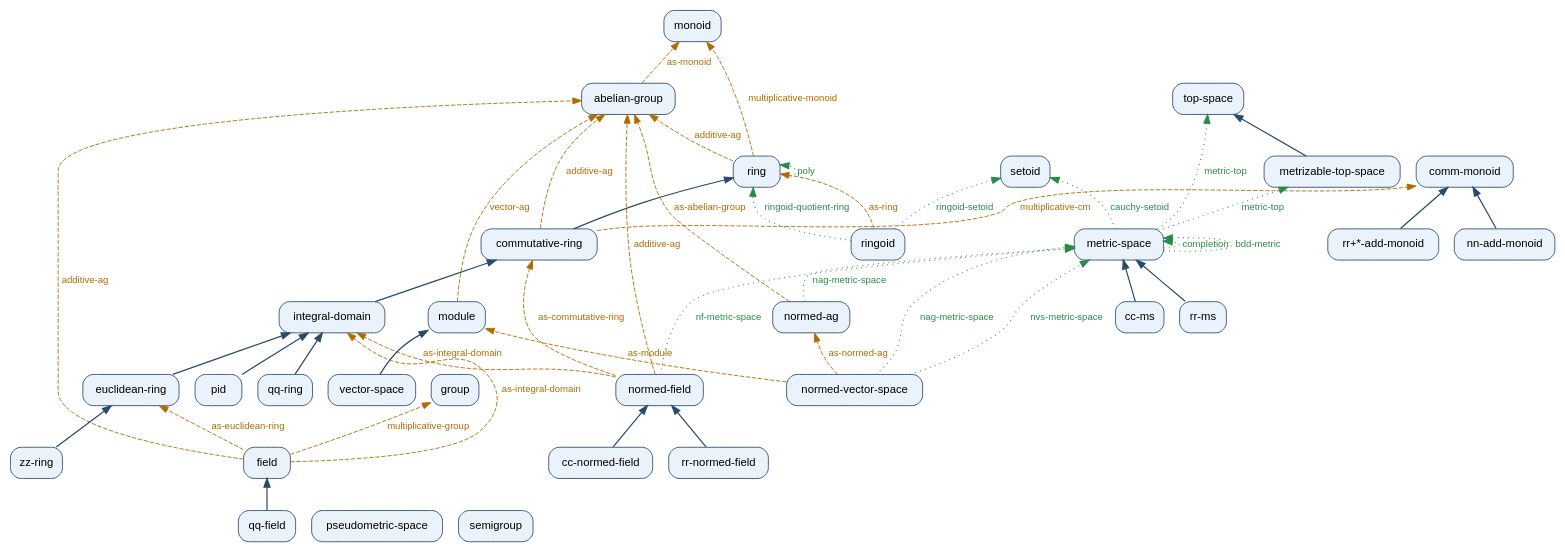
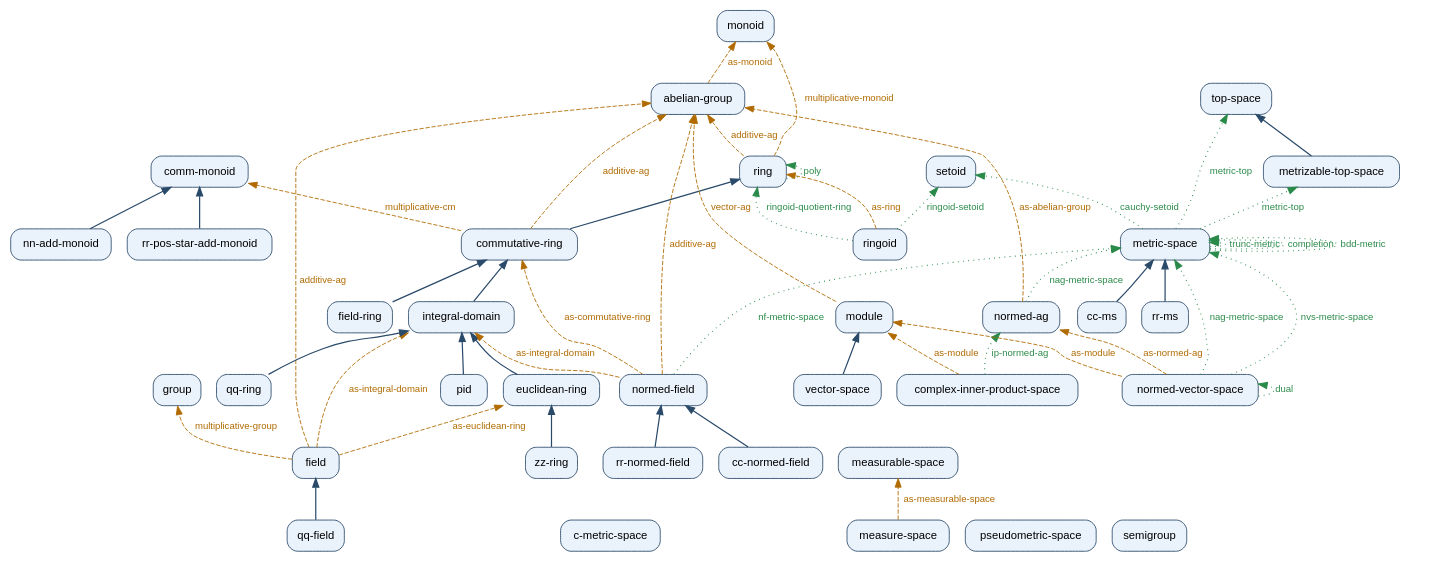
The diagram in reference/structure-graph.dot (JavierThayer/VNB), drawn with Graphviz before and after one commit. The commit also changed 285 other files, not shown here.

```diff
--- a/reference/structure-graph.dot
+++ b/reference/structure-graph.dot
@@ -5,14 +5,19 @@
   edge [fontname="Helvetica", fontsize=11];
 
   "abelian-group" [tooltip="abelian-group -- slots (carr opr iden inv)", URL="structure-graph.html#abelian-group"];
+  "c-metric-space" [tooltip="c-metric-space -- slots (pts dists)", URL="structure-graph.html#c-metric-space"];
   "cc-ms" [tooltip="cc-ms -- slots (pts dist)", URL="structure-graph.html#cc-ms"];
   "cc-normed-field" [tooltip="cc-normed-field -- slots (carr add mul neg zero one fnrm)", URL="structure-graph.html#cc-normed-field"];
   "comm-monoid" [tooltip="comm-monoid -- slots (carr opr iden)", URL="structure-graph.html#comm-monoid"];
   "commutative-ring" [tooltip="commutative-ring -- slots (carr add mul neg zero one)", URL="structure-graph.html#commutative-ring"];
+  "complex-inner-product-space" [tooltip="complex-inner-product-space -- slots (scal vec vadd vzero vneg act ip)", URL="structure-graph.html#complex-inner-product-space"];
   "euclidean-ring" [tooltip="euclidean-ring -- slots (carr add mul neg zero one)", URL="structure-graph.html#euclidean-ring"];
   "field" [tooltip="field -- slots (carr add mul neg zero one non-zero recip)", URL="structure-graph.html#field"];
+  "field-ring" [tooltip="field-ring -- slots (carr add mul neg zero one)", URL="structure-graph.html#field-ring"];
   "group" [tooltip="group -- slots (carr opr iden inv)", URL="structure-graph.html#group"];
   "integral-domain" [tooltip="integral-domain -- slots (carr add mul neg zero one)", URL="structure-graph.html#integral-domain"];
+  "measurable-space" [tooltip="measurable-space -- slots (pts sigma)", URL="structure-graph.html#measurable-space"];
+  "measure-space" [tooltip="measure-space -- slots (pts sigma meas)", URL="structure-graph.html#measure-space"];
   "metric-space" [tooltip="metric-space -- slots (pts dist)", URL="structure-graph.html#metric-space"];
   "metrizable-top-space" [tooltip="metrizable-top-space -- slots (pts opens)", URL="structure-graph.html#metrizable-top-space"];
   "module" [tooltip="module -- slots (scal vec vadd vzero vneg act)", URL="structure-graph.html#module"];
@@ -27,9 +32,9 @@
   "qq-ring" [tooltip="qq-ring -- slots (carr add mul neg zero one)", URL="structure-graph.html#qq-ring"];
   "ring" [tooltip="ring -- slots (carr add mul neg zero one)", URL="structure-graph.html#ring"];
   "ringoid" [tooltip="ringoid -- slots (carr add mul neg zero one idl)", URL="structure-graph.html#ringoid"];
-  "rr+*-add-monoid" [tooltip="rr+*-add-monoid -- slots (carr opr iden)", URL="structure-graph.html#rr+*-add-monoid"];
   "rr-ms" [tooltip="rr-ms -- slots (pts dist)", URL="structure-graph.html#rr-ms"];
   "rr-normed-field" [tooltip="rr-normed-field -- slots (carr add mul neg zero one fnrm)", URL="structure-graph.html#rr-normed-field"];
+  "rr-pos-star-add-monoid" [tooltip="rr-pos-star-add-monoid -- slots (carr opr iden)", URL="structure-graph.html#rr-pos-star-add-monoid"];
   "semigroup" [tooltip="semigroup -- slots (carr opr)", URL="structure-graph.html#semigroup"];
   "setoid" [tooltip="setoid -- slots (pts rel)", URL="structure-graph.html#setoid"];
   "top-space" [tooltip="top-space -- slots (pts opens)", URL="structure-graph.html#top-space"];
@@ -46,16 +51,18 @@
   "cc-normed-field" -> "normed-field" [color="#2a4a6a", penwidth=1.4, tooltip="cc-normed-field refines normed-field"];
   "zz-ring" -> "euclidean-ring" [color="#2a4a6a", penwidth=1.4, tooltip="zz-ring refines euclidean-ring"];
   "nn-add-monoid" -> "comm-monoid" [color="#2a4a6a", penwidth=1.4, tooltip="nn-add-monoid refines comm-monoid"];
+  "field-ring" -> "commutative-ring" [color="#2a4a6a", penwidth=1.4, tooltip="field-ring refines commutative-ring"];
   "euclidean-ring" -> "integral-domain" [color="#2a4a6a", penwidth=1.4, tooltip="euclidean-ring refines integral-domain"];
   "vector-space" -> "module" [color="#2a4a6a", penwidth=1.4, tooltip="vector-space refines module"];
+  "rr-pos-star-add-monoid" -> "comm-monoid" [color="#2a4a6a", penwidth=1.4, tooltip="rr-pos-star-add-monoid refines comm-monoid"];
   "integral-domain" -> "commutative-ring" [color="#2a4a6a", penwidth=1.4, tooltip="integral-domain refines commutative-ring"];
   "cc-ms" -> "metric-space" [color="#2a4a6a", penwidth=1.4, tooltip="cc-ms refines metric-space"];
   "qq-ring" -> "integral-domain" [color="#2a4a6a", penwidth=1.4, tooltip="qq-ring refines integral-domain"];
-  "rr+*-add-monoid" -> "comm-monoid" [color="#2a4a6a", penwidth=1.4, tooltip="rr+*-add-monoid refines comm-monoid"];
 
   // view-as (forgetful / component maps): source -> target
   "field" -> "euclidean-ring" [style=dashed, color="#b06a00", fontcolor="#b06a00", label="as-euclidean-ring", tooltip="field-as-euclidean-ring :  field -> euclidean-ring    (carr add mul neg zero one) |-> (carr add mul neg zero one)", URL="structure-graph.html#views"];
   "commutative-ring" -> "comm-monoid" [style=dashed, color="#b06a00", fontcolor="#b06a00", label="multiplicative-cm", tooltip="commutative-ring-multiplicative-cm :  commutative-ring -> comm-monoid    (carr mul one) |-> (carr opr iden)", URL="structure-graph.html#views"];
+  "complex-inner-product-space" -> "module" [style=dashed, color="#b06a00", fontcolor="#b06a00", label="as-module", tooltip="complex-inner-product-space-as-module :  complex-inner-product-space -> module    (scal vec vadd vzero vneg act) |-> (scal vec vadd vzero vneg act)", URL="structure-graph.html#views"];
   "ring" -> "abelian-group" [style=dashed, color="#b06a00", fontcolor="#b06a00", label="additive-ag", tooltip="ring-additive-ag :  ring -> abelian-group    (carr add zero neg) |-> (carr opr iden inv)", URL="structure-graph.html#views"];
   "commutative-ring" -> "abelian-group" [style=dashed, color="#b06a00", fontcolor="#b06a00", label="additive-ag", tooltip="commutative-ring-additive-ag :  commutative-ring -> abelian-group    (carr add zero neg) |-> (carr opr iden inv)", URL="structure-graph.html#views"];
   "ringoid" -> "ring" [style=dashed, color="#b06a00", fontcolor="#b06a00", label="as-ring", tooltip="ringoid-as-ring :  ringoid -> ring    (carr add mul neg zero one) |-> (carr add mul neg zero one)", URL="structure-graph.html#views"];
@@ -65,6 +72,7 @@
   "field" -> "integral-domain" [style=dashed, color="#b06a00", fontcolor="#b06a00", label="as-integral-domain", tooltip="field-as-integral-domain :  field -> integral-domain    (carr add mul neg zero one) |-> (carr add mul neg zero one)", URL="structure-graph.html#views"];
   "module" -> "abelian-group" [style=dashed, color="#b06a00", fontcolor="#b06a00", label="vector-ag", tooltip="module-vector-ag :  module -> abelian-group    (vec vadd vzero vneg) |-> (carr opr iden inv)", URL="structure-graph.html#views"];
   "field" -> "group" [style=dashed, color="#b06a00", fontcolor="#b06a00", label="multiplicative-group", tooltip="field-multiplicative-group :  field -> group    (non-zero mul one recip) |-> (carr opr iden inv)", URL="structure-graph.html#views"];
+  "measure-space" -> "measurable-space" [style=dashed, color="#b06a00", fontcolor="#b06a00", label="as-measurable-space", tooltip="measure-space-as-measurable-space :  measure-space -> measurable-space    (pts sigma) |-> (pts sigma)", URL="structure-graph.html#views"];
   "normed-vector-space" -> "module" [style=dashed, color="#b06a00", fontcolor="#b06a00", label="as-module", tooltip="normed-vector-space-as-module :  normed-vector-space -> module    (scal vec vadd vzero vneg act) |-> (scal vec vadd vzero vneg act)", URL="structure-graph.html#views"];
   "normed-field" -> "integral-domain" [style=dashed, color="#b06a00", fontcolor="#b06a00", label="as-integral-domain", tooltip="normed-field-as-integral-domain :  normed-field -> integral-domain    (carr add mul neg zero one) |-> (carr add mul neg zero one)", URL="structure-graph.html#views"];
   "ring" -> "monoid" [style=dashed, color="#b06a00", fontcolor="#b06a00", label="multiplicative-monoid", tooltip="ring-multiplicative-monoid :  ring -> monoid    (carr mul one) |-> (carr opr iden)", URL="structure-graph.html#views"];
@@ -75,14 +83,17 @@
   // bridges (structure-valued functoids): source -> target
   "ringoid" -> "setoid" [style=dotted, color="#2a8a4a", fontcolor="#2a8a4a", penwidth=1.3, label="ringoid-setoid", tooltip="ringoid-setoid :  ringoid -> setoid    (constructor functoid)", URL="structure-graph.html#setoid"];
   "normed-vector-space" -> "metric-space" [style=dotted, color="#2a8a4a", fontcolor="#2a8a4a", penwidth=1.3, label="nag-metric-space", tooltip="nag-metric-space :  normed-vector-space -> metric-space    (constructor functoid)", URL="structure-graph.html#metric-space"];
+  "metric-space" -> "metric-space" [style=dotted, color="#2a8a4a", fontcolor="#2a8a4a", penwidth=1.3, label="trunc-metric", tooltip="trunc-metric :  metric-space -> metric-space    (constructor functoid)", URL="structure-graph.html#metric-space"];
   "metric-space" -> "metrizable-top-space" [style=dotted, color="#2a8a4a", fontcolor="#2a8a4a", penwidth=1.3, label="metric-top", tooltip="metric-top :  metric-space -> metrizable-top-space    (constructor functoid)", URL="structure-graph.html#metrizable-top-space"];
   "metric-space" -> "top-space" [style=dotted, color="#2a8a4a", fontcolor="#2a8a4a", penwidth=1.3, label="metric-top", tooltip="metric-top :  metric-space -> top-space    (constructor functoid)", URL="structure-graph.html#top-space"];
   "normed-ag" -> "metric-space" [style=dotted, color="#2a8a4a", fontcolor="#2a8a4a", penwidth=1.3, label="nag-metric-space", tooltip="nag-metric-space :  normed-ag -> metric-space    (constructor functoid)", URL="structure-graph.html#metric-space"];
   "normed-field" -> "metric-space" [style=dotted, color="#2a8a4a", fontcolor="#2a8a4a", penwidth=1.3, label="nf-metric-space", tooltip="nf-metric-space :  normed-field -> metric-space    (constructor functoid)", URL="structure-graph.html#metric-space"];
   "metric-space" -> "metric-space" [style=dotted, color="#2a8a4a", fontcolor="#2a8a4a", penwidth=1.3, label="completion", tooltip="completion :  metric-space -> metric-space    (constructor functoid)", URL="structure-graph.html#metric-space"];
   "ringoid" -> "ring" [style=dotted, color="#2a8a4a", fontcolor="#2a8a4a", penwidth=1.3, label="ringoid-quotient-ring", tooltip="ringoid-quotient-ring :  ringoid -> ring    (constructor functoid)", URL="structure-graph.html#ring"];
+  "normed-vector-space" -> "normed-vector-space" [style=dotted, color="#2a8a4a", fontcolor="#2a8a4a", penwidth=1.3, label="dual", tooltip="dual :  normed-vector-space -> normed-vector-space    (constructor functoid)", URL="structure-graph.html#normed-vector-space"];
   "metric-space" -> "metric-space" [style=dotted, color="#2a8a4a", fontcolor="#2a8a4a", penwidth=1.3, label="bdd-metric", tooltip="bdd-metric :  metric-space -> metric-space    (constructor functoid)", URL="structure-graph.html#metric-space"];
   "normed-vector-space" -> "metric-space" [style=dotted, color="#2a8a4a", fontcolor="#2a8a4a", penwidth=1.3, label="nvs-metric-space", tooltip="nvs-metric-space :  normed-vector-space -> metric-space    (constructor functoid)", URL="structure-graph.html#metric-space"];
   "metric-space" -> "setoid" [style=dotted, color="#2a8a4a", fontcolor="#2a8a4a", penwidth=1.3, label="cauchy-setoid", tooltip="cauchy-setoid :  metric-space -> setoid    (constructor functoid)", URL="structure-graph.html#setoid"];
   "ring" -> "ring" [style=dotted, color="#2a8a4a", fontcolor="#2a8a4a", penwidth=1.3, label="poly", tooltip="poly :  ring -> ring    (constructor functoid)", URL="structure-graph.html#ring"];
+  "complex-inner-product-space" -> "normed-ag" [style=dotted, color="#2a8a4a", fontcolor="#2a8a4a", penwidth=1.3, label="ip-normed-ag", tooltip="ip-normed-ag :  complex-inner-product-space -> normed-ag    (constructor functoid)", URL="structure-graph.html#normed-ag"];
 }
```
